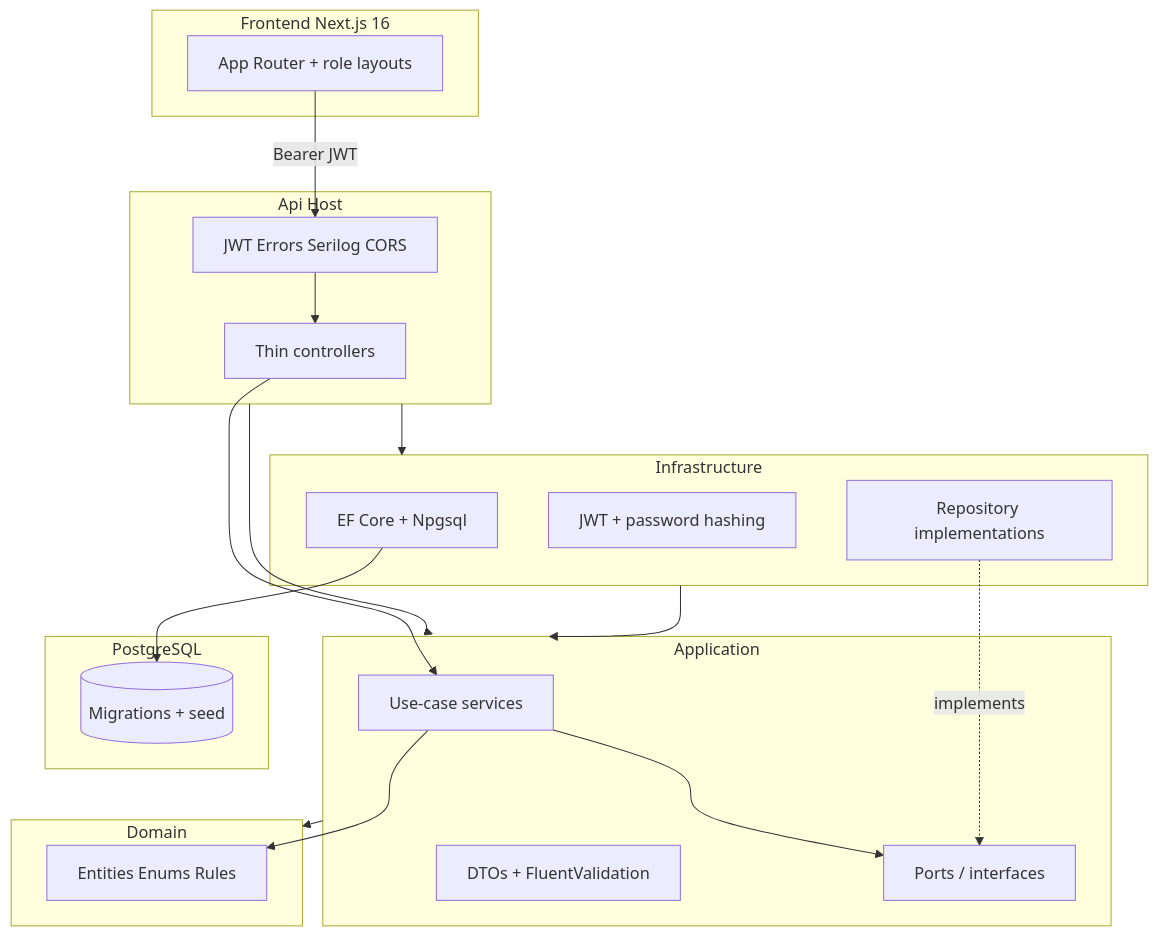
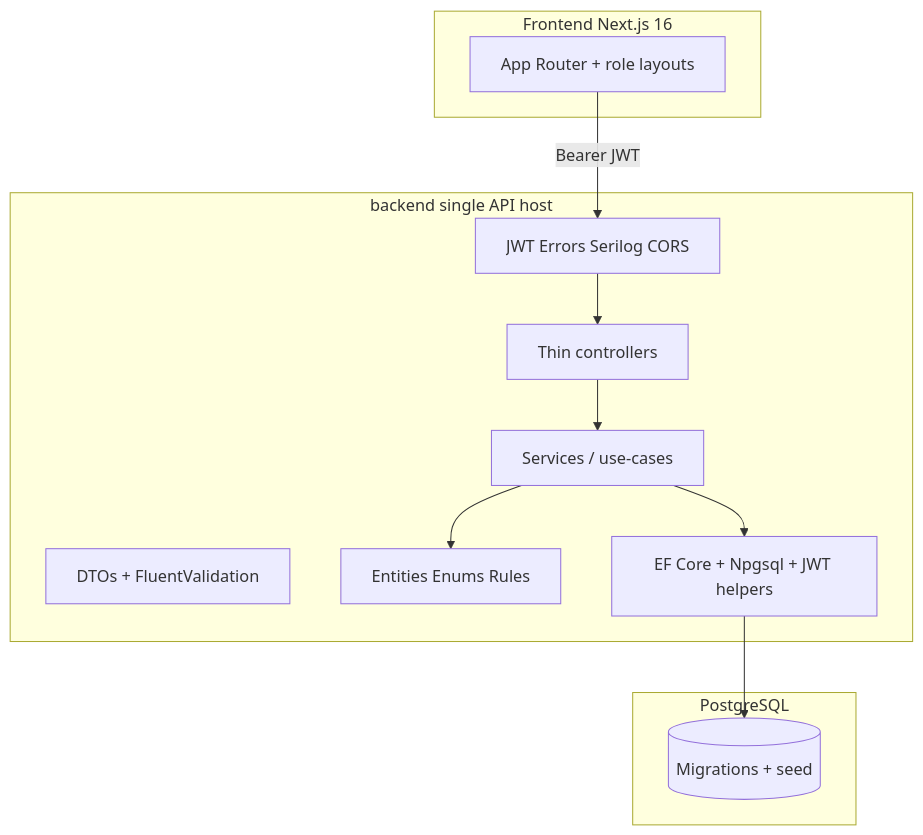
The diagram in .cursor/plans/assignment_system_build_b23f085a.plan.md (EpicVibeCoder/SchoolManagement-.net-), drawn with Mermaid before and after one commit. The commit also changed other lines of this file and 1 other file, not shown here.

````diff
--- a/.cursor/plans/assignment_system_build_b23f085a.plan.md
+++ b/.cursor/plans/assignment_system_build_b23f085a.plan.md
@@ -46,37 +68,23 @@
 ```mermaid
 flowchart TB
   subgraph clients [Frontend Next.js 16]
     Next[App Router + role layouts]
   end
-  subgraph api [Api Host]
+  subgraph host [backend single API host]
     Controllers[Thin controllers]
     Middleware[JWT Errors Serilog CORS]
+    Services[Services / use-cases]
+    DTOs[DTOs + FluentValidation]
+    Domain[Entities Enums Rules]
+    Data[EF Core + Npgsql + JWT helpers]
   end
-  subgraph application [Application]
-    Services[Use-case services]
-    DTOs[DTOs + FluentValidation]
-    Ports[Ports / interfaces]
-  end
-  subgraph domain [Domain]
-    Entities[Entities Enums Rules]
-  end
-  subgraph infra [Infrastructure]
-    EF[EF Core + Npgsql]
-    JWT[JWT + password hashing]
-    Repos[Repository implementations]
-  end
-  subgraph data [PostgreSQL]
+  subgraph pg [PostgreSQL]
     PG[(Migrations + seed)]
   end
   Next -->|Bearer JWT| Middleware
   Middleware --> Controllers
   Controllers --> Services
-  Services --> Ports
-  Services --> Entities
-  Repos -.->|implements| Ports
-  EF --> PG
-  api --> application
-  api --> infra
-  infra --> application
-  application --> domain
+  Services --> Domain
+  Services --> Data
+  Data --> PG
 ```
````
